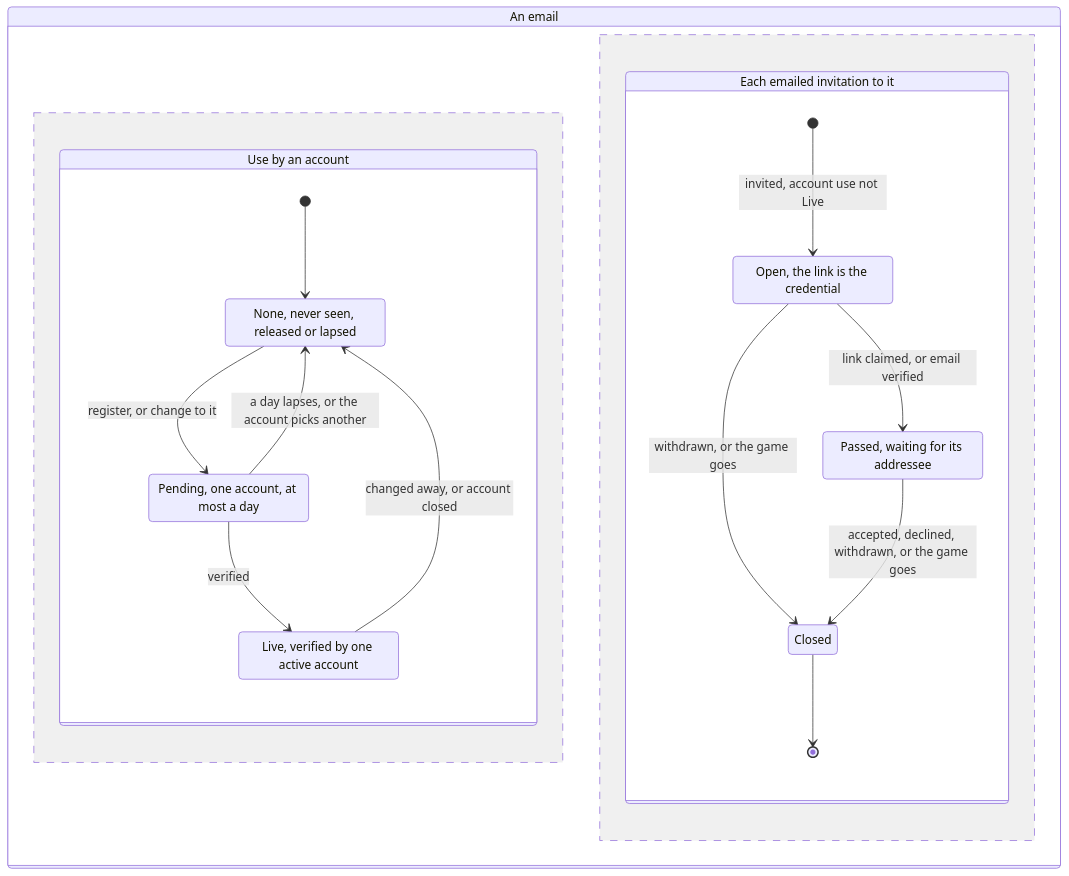
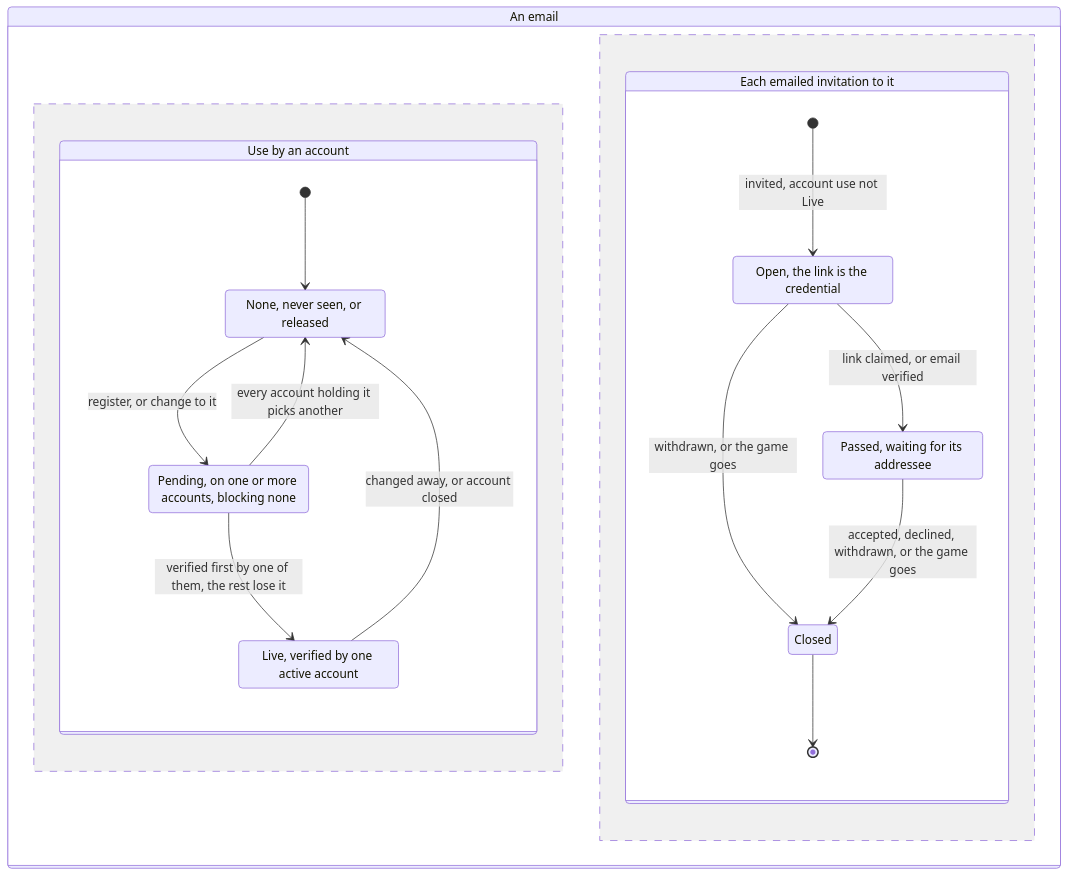
Diagram 29 of 29 in docs/changes/workstreams/application-game-architecture/71-one-game-model/71-functional.md (delphside/programme), drawn with Mermaid before and after one commit. The commit also changed other lines of this file and 1 other file, not shown here.

First line of the commit message:
app 0.9.2 api 2.16: a pending email blocks nobody; first to verify keeps it

````diff
--- a/docs/changes/workstreams/application-game-architecture/71-one-game-model/71-functional.md
+++ b/docs/changes/workstreams/application-game-architecture/71-one-game-model/71-functional.md
@@ -722,25 +738,25 @@
 ```mermaid
 stateDiagram-v2
     state "An email" as EA {
         state "Use by an account" as AU {
             [*] --> None
-            None: None, never seen, released or lapsed
-            Pending: Pending, one account, at most a day
+            None: None, never seen, or released
+            Pending: Pending, on one or more accounts, blocking none
             Live: Live, verified by one active account
             None --> Pending: register, or change to it
-            Pending --> None: a day lapses, or the account picks another
-            Pending --> Live: verified
+            Pending --> None: every account holding it picks another
+            Pending --> Live: verified first by one of them, the rest lose it
             Live --> None: changed away, or account closed
         }
         --
         state "Each emailed invitation to it" as IU {
             [*] --> Open: invited, account use not Live
             Open: Open, the link is the credential
             Passed: Passed, waiting for its addressee
             Open --> Passed: link claimed, or email verified
             Open --> Closed: withdrawn, or the game goes
             Passed --> Closed: accepted, declined, withdrawn, or the game goes
             Closed --> [*]
         }
     }
 ```
````
